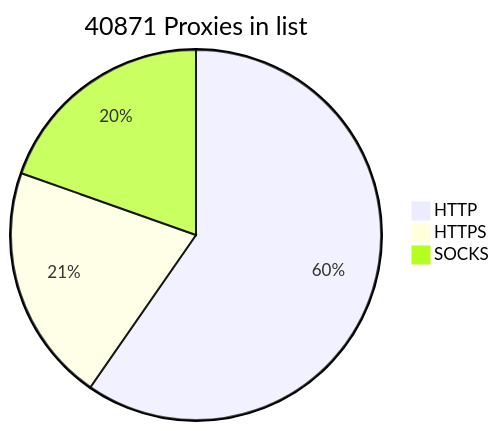
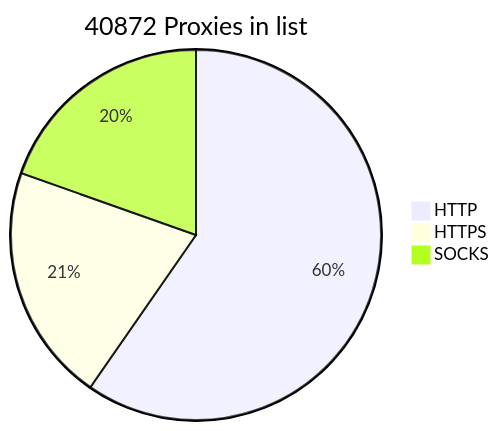
One commit to BlackSnowDot/proxylist-update-every-minute changed the diagram in README.md. Above: the diagram before and after it, drawn with Mermaid.

````diff
--- a/README.md
+++ b/README.md
@@ -2,6 +2,6 @@
 ```mermaid
-pie title 40871 Proxies in list
-    "HTTP" : 28356
+pie title 40872 Proxies in list
+    "HTTP" : 28357
     "HTTPS": 9869
     "SOCKS" : 9310
 ```
````
